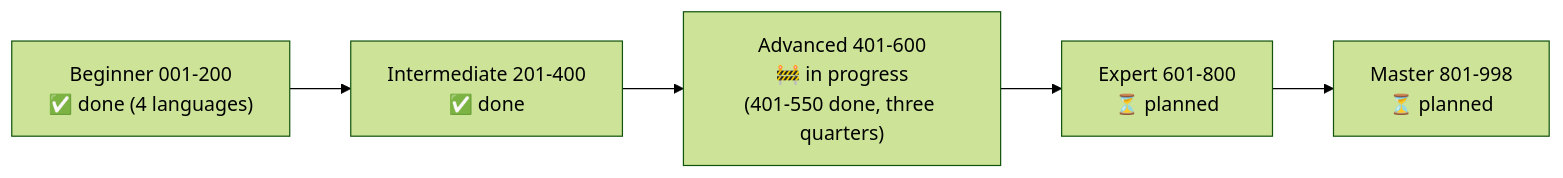
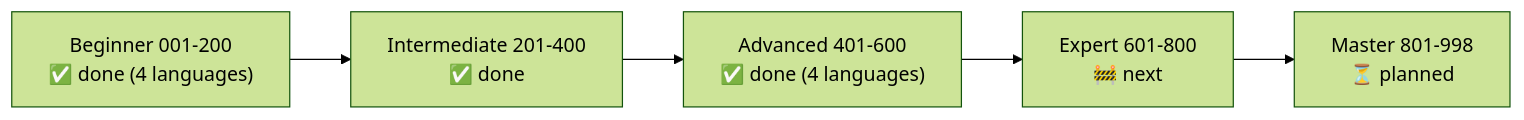
One commit to metodiev/Cracking-Coding changed the sixth of 6 diagrams in tutorials/README.md. Above: the diagram before and after it, drawn with Mermaid (forest theme). The commit also changed other lines of this file and 252 other files, not shown here.

````diff
--- a/tutorials/README.md
+++ b/tutorials/README.md
@@ -160,7 +160,7 @@
 ```mermaid
 flowchart LR
     B1["Beginner 001-200<br/>✅ done (4 languages)"] --> I1["Intermediate 201-400<br/>✅ done"]
-    I1 --> A["Advanced 401-600<br/>🚧 in progress<br/>(401-550 done, three quarters)"]
-    A --> E["Expert 601-800<br/>⏳ planned"]
+    I1 --> A["Advanced 401-600<br/>✅ done (4 languages)"]
+    A --> E["Expert 601-800<br/>🚧 next"]
     E --> M["Master 801-998<br/>⏳ planned"]
 ```
````
